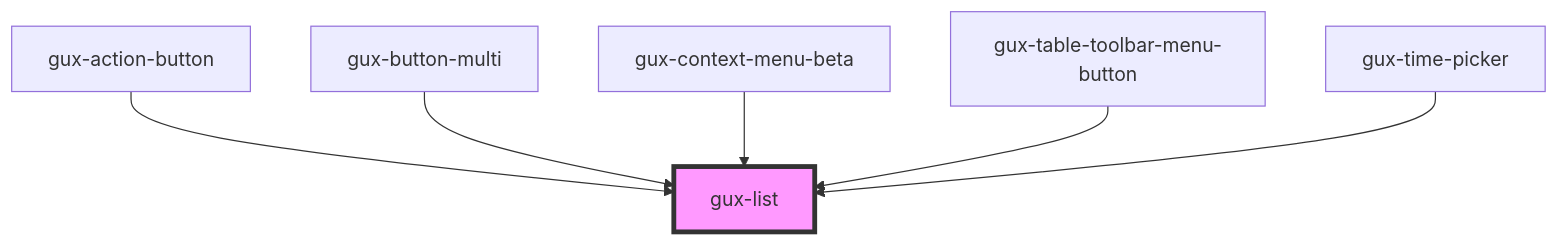
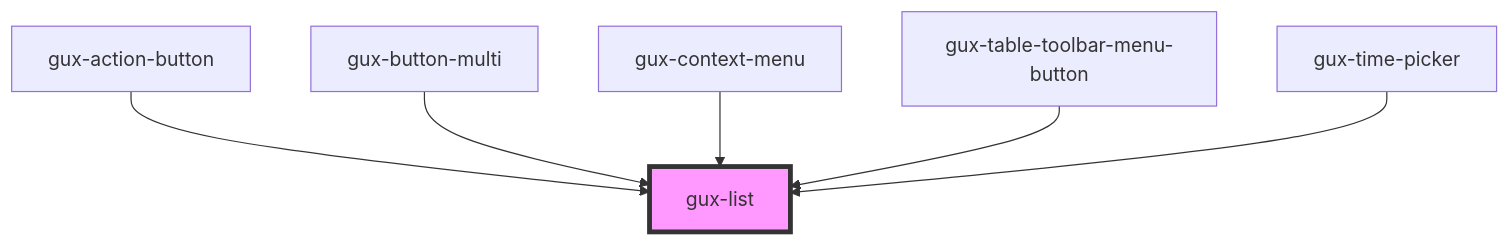
One commit to MyPureCloud/genesys-spark changed the diagram in packages/genesys-spark-components/src/components/stable/gux-list/readme.md. Above: the diagram before and after it, drawn with Mermaid. The commit also changed other lines of this file and 12 other files, not shown here.

````diff
--- a/packages/genesys-spark-components/src/components/stable/gux-list/readme.md
+++ b/packages/genesys-spark-components/src/components/stable/gux-list/readme.md
@@ -83,9 +83,9 @@
 ```mermaid
 graph TD;
   gux-action-button --> gux-list
   gux-button-multi --> gux-list
-  gux-context-menu-beta --> gux-list
+  gux-context-menu --> gux-list
   gux-table-toolbar-menu-button --> gux-list
   gux-time-picker --> gux-list
   style gux-list fill:#f9f,stroke:#333,stroke-width:4px
 ```
````
